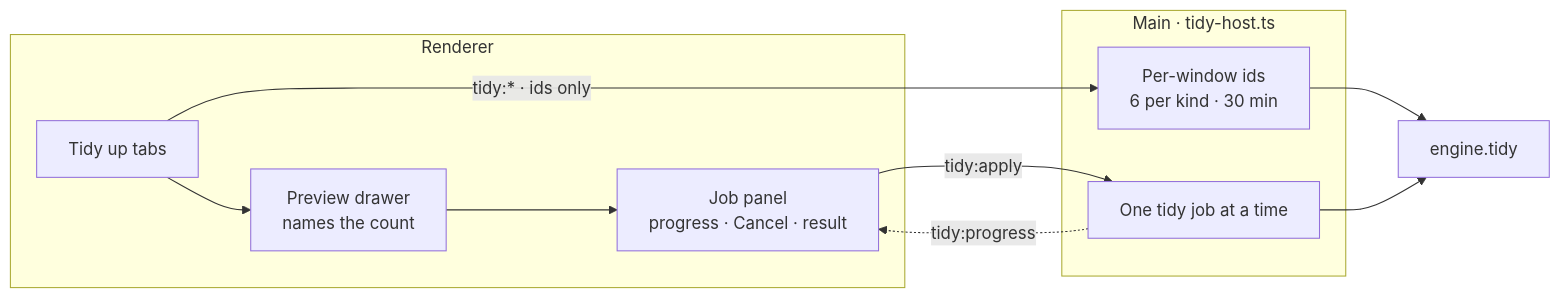
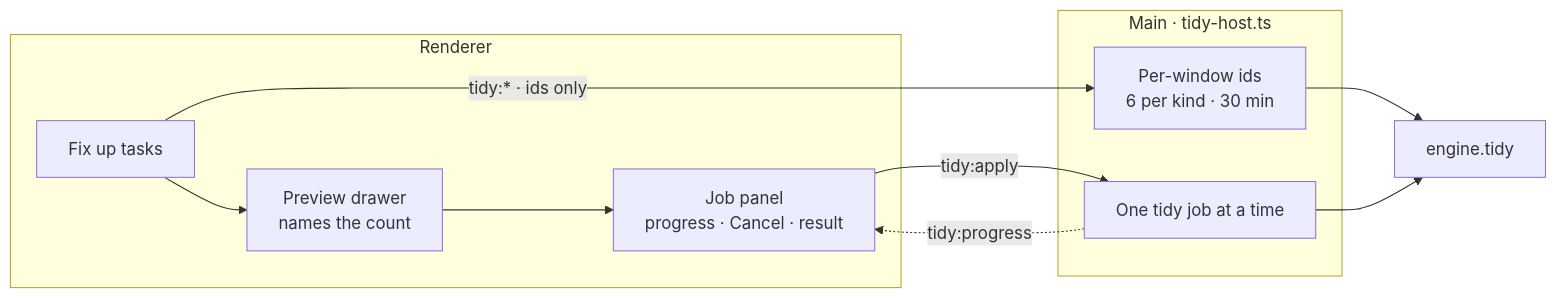
Before and after one commit to MakerCorn/romperoom-releases: the tenth of 18 diagrams in docs/architecture.md, drawn with Mermaid. The commit also changed other lines of this file and 98 other files, not shown here.

````diff
--- a/docs/architecture.md
+++ b/docs/architecture.md
@@ -1148,17 +1158,17 @@
 ```mermaid
 flowchart LR
   subgraph page["Renderer"]
-    T["Tidy up tabs"] --> PV["Preview drawer<br/>names the count"]
+    T["Fix up tasks"] --> PV["Preview drawer<br/>names the count"]
     PV --> J["Job panel<br/>progress · Cancel · result"]
   end
   subgraph host["Main · tidy-host.ts"]
     IDS["Per-window ids<br/>6 per kind · 30 min"]
     JOB["One tidy job at a time"]
   end
   E["engine.tidy"]
   T -->|"tidy:* · ids only"| IDS
   J -->|tidy:apply| JOB
   JOB -.->|tidy:progress| J
   IDS --> E
   JOB --> E
 ```
````
